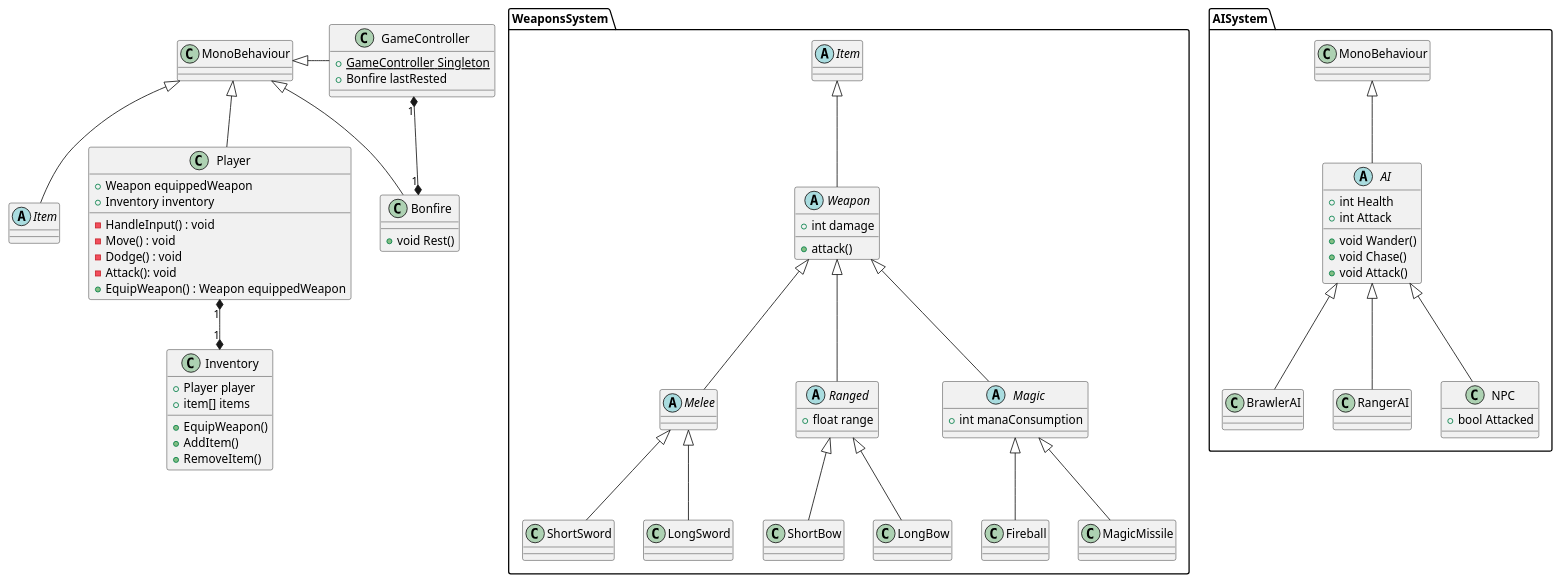
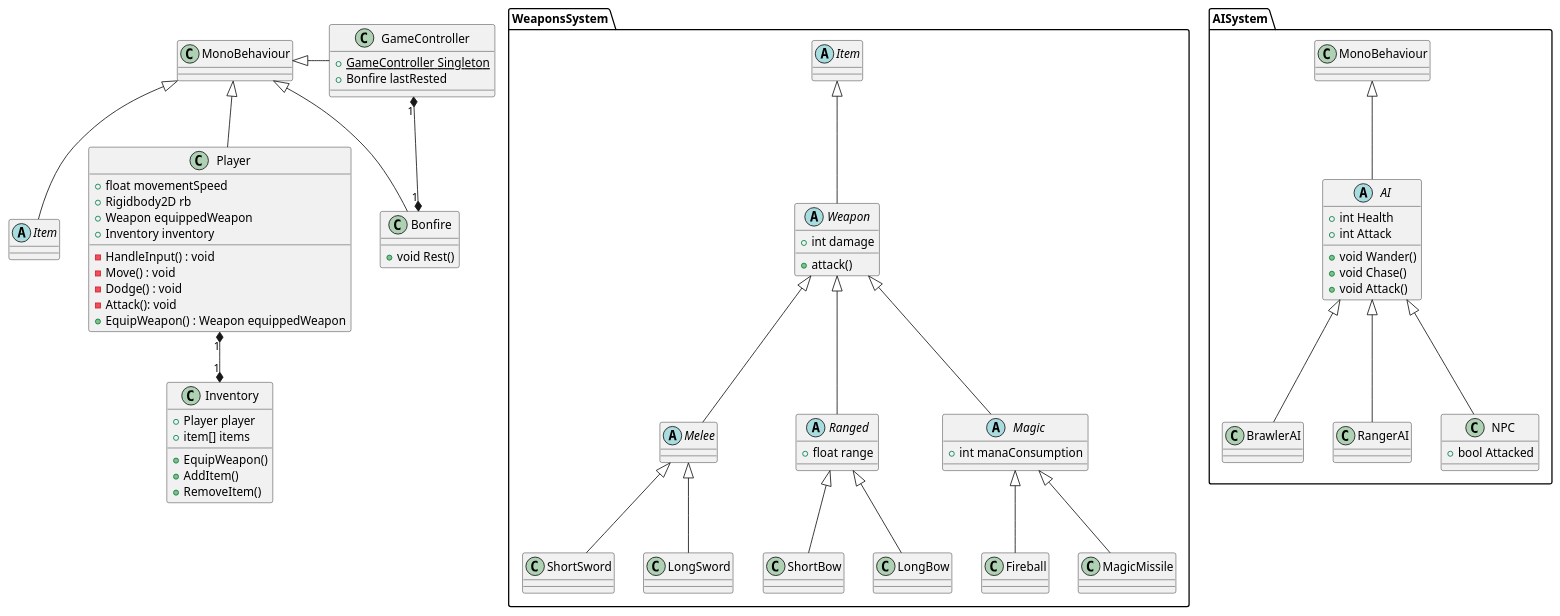
One commit to PausedMagician/Knight-Crawler changed the diagram in Diagrams/knight-crawler.puml. Above: the diagram before and after it, drawn with PlantUML. The commit also changed 5 other files, not shown here.

```diff
--- a/Diagrams/knight-crawler.puml
+++ b/Diagrams/knight-crawler.puml
@@ -1,78 +1,80 @@
 @startuml Knight Crawler
 abstract class Item extends MonoBehaviour
 namespace WeaponsSystem {
     abstract class Item
     abstract class Weapon extends Item {
         + int damage
         + attack()
     }
     abstract class Melee extends Weapon
     abstract class Ranged extends Weapon {
         + float range
     }
     abstract class Magic extends Weapon {
         + int manaConsumption
     }
 
     class ShortSword extends Melee
     class LongSword extends Melee
     class ShortBow extends Ranged
     class LongBow extends Ranged
     class Fireball extends Magic
     class MagicMissile extends Magic
 }
 namespace AISystem {
     abstract class AI extends MonoBehaviour {
         + int Health
         + int Attack
         + void Wander()
         + void Chase()
         + void Attack()
     }
     class BrawlerAI extends AI {
 
     }
     class RangerAI extends AI {
 
     }
     class NPC extends AI {
         + bool Attacked
     }
 }
 
 class Bonfire extends MonoBehaviour {
     + void Rest()
 }
 
 class GameController {
     + {static} GameController Singleton
     + Bonfire lastRested
 }
 
 class Inventory {
     + Player player
     + item[] items
     + EquipWeapon()
     + AddItem()
     + RemoveItem()
 }
 
 class Player extends MonoBehaviour {
+    + float movementSpeed
+    + Rigidbody2D rb
     + Weapon equippedWeapon
     + Inventory inventory
     - HandleInput() : void
     - Move() : void
     - Dodge() : void
     - Attack(): void
     + EquipWeapon() : Weapon equippedWeapon
 }
 
 
 
 
 Player "1" *-down-* "1" Inventory
 GameController -left-|> MonoBehaviour
 GameController "1" *-down-* "1" Bonfire
 
 
 @enduml
```
